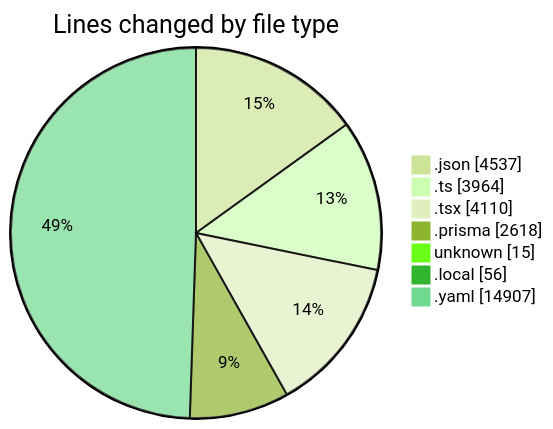
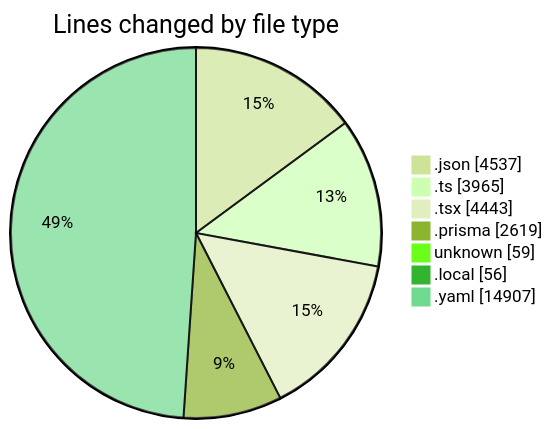
Before and after one commit to CELIANVF/code-tracking: the first of 2 diagrams in 2025-05-15/ecodeli-1/README.md, drawn with Mermaid (forest theme). The commit also changed other lines of this file and 1 other file, not shown here.

````diff
--- a/2025-05-15/ecodeli-1/README.md
+++ b/2025-05-15/ecodeli-1/README.md
@@ -52,11 +53,11 @@
 ```mermaid
 pie showData
 title Lines changed by file type
 ".json" : 4537
-".ts" : 3964
-".tsx" : 4110
-".prisma" : 2618
-"unknown" : 15
+".ts" : 3965
+".tsx" : 4443
+".prisma" : 2619
+"unknown" : 59
 ".local" : 56
 ".yaml" : 14907
 ```
````
